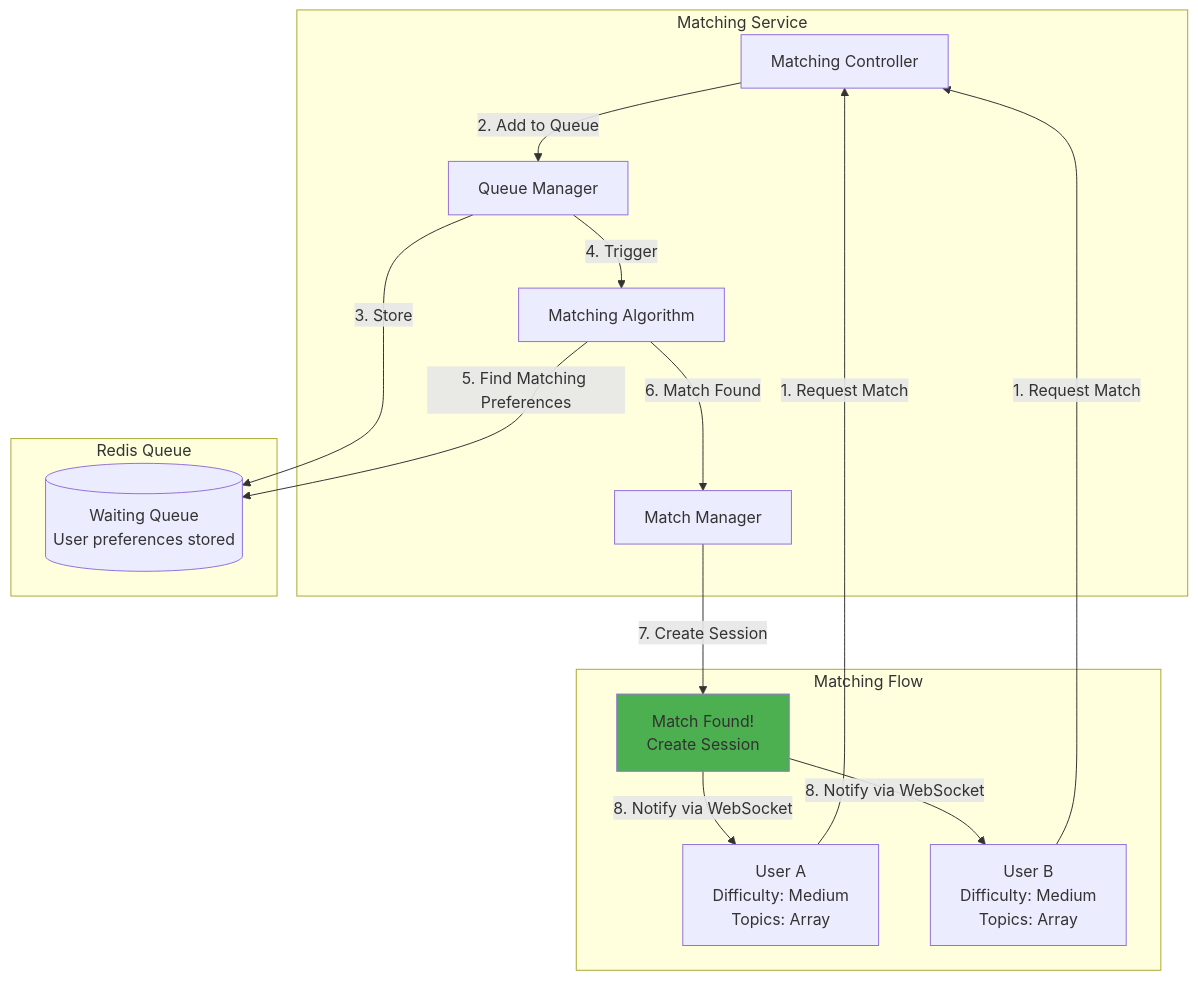
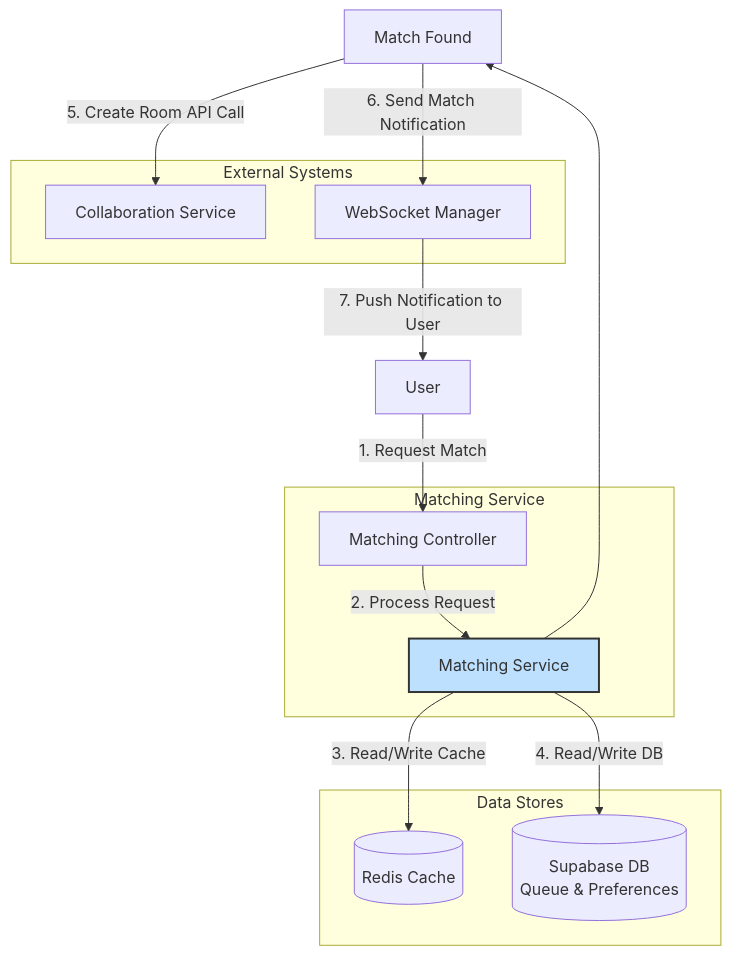
Before and after one commit to thony-ui/cs3219-ay2526s1-project-g22: the fourth of 13 diagrams in docs/architecture-diagrams.md, drawn with Mermaid. The commit also changed other lines of this file and 2 other files, not shown here.

Commit message:
PEERPREP-10: refactor: update architecture diagrams and remove unused match-related endpoints

````diff
--- a/docs/architecture-diagrams.md
+++ b/docs/architecture-diagrams.md
@@ -142,32 +143,29 @@
 ```mermaid
-graph TB
+graph TD
+    matchFound[Match Found]
+    
     subgraph "Matching Service"
-        MController[Matching Controller]
-        MManager[Match Manager]
-        QueueManager[Queue Manager]
-        AlgoEngine[Matching Algorithm]
+        MController[Matching Controller] -->|2. Process Request| MService[Matching Service]
     end
 
-    subgraph "Redis Queue"
-        WaitingQueue[(Waiting Queue<br/>User preferences stored)]
+    subgraph "Data Stores"
+        Redis[(Redis Cache)]
+        Supabase[(Supabase DB<br/>Queue & Preferences)]
     end
 
-    subgraph "Matching Flow"
-        User1[User A<br/>Difficulty: Medium<br/>Topics: Array]
-        User2[User B<br/>Difficulty: Medium<br/>Topics: Array]
-        Match[Match Found!<br/>Create Session]
+    subgraph "External Systems"
+        CollabSvc[Collaboration Service]
+        WebSocket[WebSocket Manager]
     end
 
-    User1 -->|1. Request Match| MController
-    User2 -->|1. Request Match| MController
-    MController -->|2. Add to Queue| QueueManager
-    QueueManager -->|3. Store| WaitingQueue
-    QueueManager -->|4. Trigger| AlgoEngine
-    AlgoEngine -->|5. Find Matching Preferences| WaitingQueue
-    AlgoEngine -->|6. Match Found| MManager
-    MManager -->|7. Create Session| Match
-    Match -->|8. Notify via WebSocket| User1
-    Match -->|8. Notify via WebSocket| User2
+    User[User] -->|1. Request Match| MController
 
-    style Match fill:#4CAF50
+    MService -->|3. Read/Write Cache| Redis
+    MService -->|4. Read/Write DB| Supabase
+    MService --> matchFound -->|5. Create Room API Call| CollabSvc
+    matchFound -->|6. Send Match Notification| WebSocket
+
+WebSocket -->|7. Push Notification to User| User
+
+style MService fill:#BDE0FE,stroke:#333,stroke-width:2px
 ```
````
